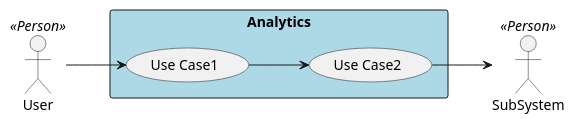
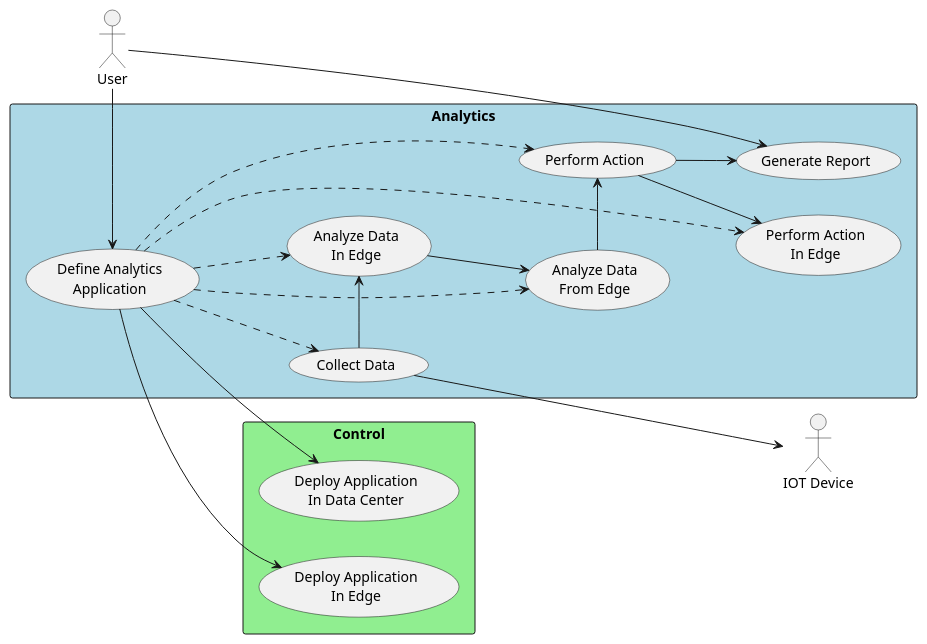
One commit to CAADE/edgeville changed the diagram in docs/Solution/Analytics/UseCases.puml. Above: the diagram before and after it, drawn with PlantUML. The commit also changed 4 other files, not shown here.

```diff
--- a/docs/Solution/Analytics/UseCases.puml
+++ b/docs/Solution/Analytics/UseCases.puml
@@ -1,19 +1,41 @@
 @startuml
 
 left to right direction
 
-actor :User: <<Person>>
-actor :SubSystem: <<Person>>
+actor :User: as User
+actor :IOT Device: as device
 
 
 rectangle "Analytics" #lightBlue {
-UseCase UC1  as "Use Case1"
-UseCase UC2  as "Use Case2"
-
-
-User --> UC1
-UC1 --> UC2
-UC2 --> SubSystem
+    UseCase UC1 as "Analyze Data\nFrom Edge"
+    UseCase UC2 as "Analyze Data\nIn Edge"
+    UseCase UC3 as "Collect Data"
+    UseCase UC4 as "Perform Action"
+    UseCase UC5 as "Perform Action\nIn Edge"
+    UseCase UC6 as "Generate Report"
+    UseCase UC7 as "Define Analytics\nApplication"
 }
 
+rectangle "Control" #lightgreen {
+  UseCase UC10 as "Deploy Application\nIn Data Center"
+  UseCase UC11 as "Deploy Application\nIn Edge"
+}
+
+UC3 ---> device
+UC3 -> UC2
+UC2 --> UC1
+UC1 -> UC4
+UC4 --> UC5
+User -> UC6
+User -> UC7
+UC4 --> UC6
+UC7 ..> UC3
+UC7 ..> UC1
+UC7 ..> UC2
+UC7 ..> UC4
+UC7 ..> UC5
+
+UC7 --> UC10
+UC7 --> UC11
+
 @enduml
```
